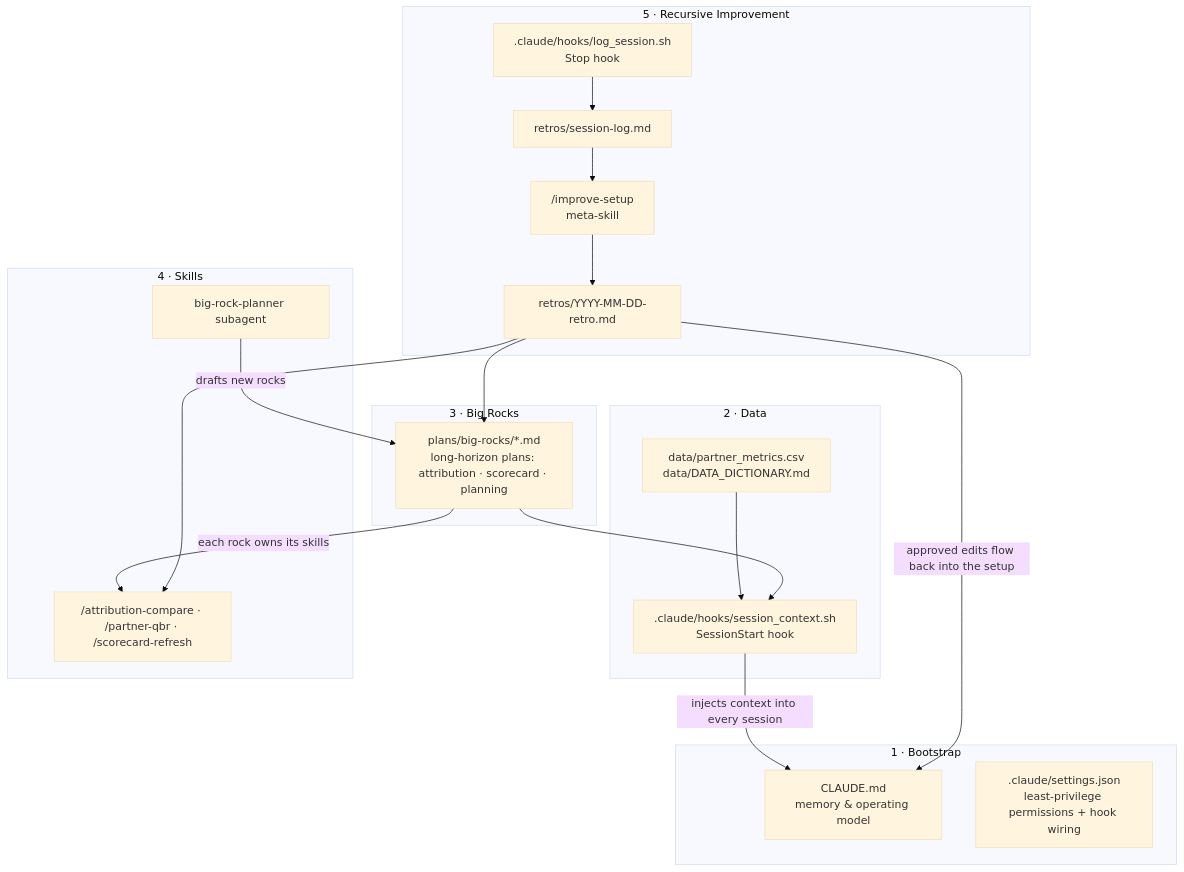
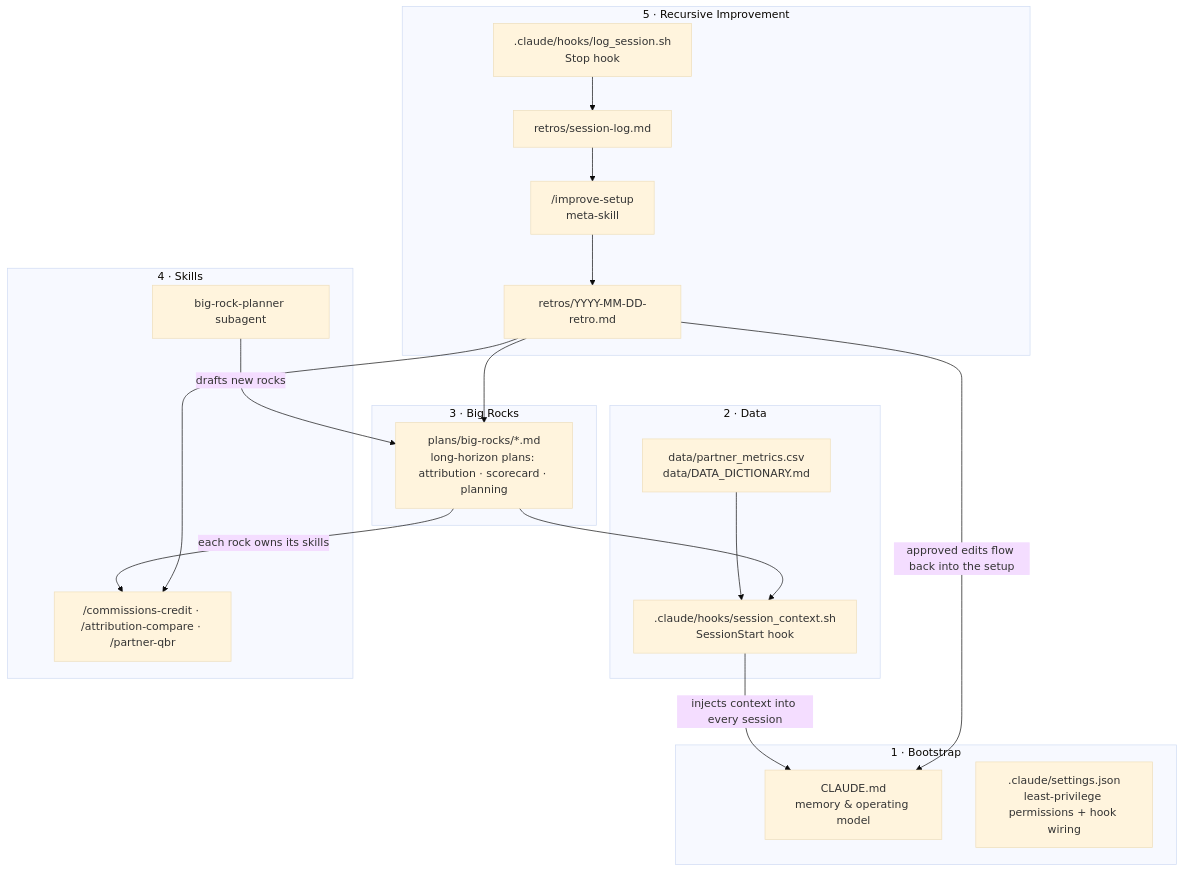
One commit to dylan3796/anthropic-portfolio changed the diagram in docs/claude-code-architecture.md. Above: the diagram before and after it, drawn with Mermaid (base theme). The commit also changed other lines of this file and 19 other files, not shown here.

````diff
--- a/docs/claude-code-architecture.md
+++ b/docs/claude-code-architecture.md
@@ -15,40 +15,40 @@
 ```mermaid
 flowchart TB
     subgraph L1["1 · Bootstrap"]
         CLAUDE["CLAUDE.md<br/>memory & operating model"]
         SETTINGS[".claude/settings.json<br/>least-privilege permissions + hook wiring"]
     end
 
     subgraph L2["2 · Data"]
         HOOK_START[".claude/hooks/session_context.sh<br/>SessionStart hook"]
         DATA["data/partner_metrics.csv<br/>data/DATA_DICTIONARY.md"]
     end
 
     subgraph L3["3 · Big Rocks"]
         PLANS["plans/big-rocks/*.md<br/>long-horizon plans: attribution · scorecard · planning"]
     end
 
     subgraph L4["4 · Skills"]
-        SKILLS["/attribution-compare · /partner-qbr · /scorecard-refresh"]
+        SKILLS["/commissions-credit · /attribution-compare · /partner-qbr"]
         AGENT["big-rock-planner subagent"]
     end
 
     subgraph L5["5 · Recursive Improvement"]
         HOOK_STOP[".claude/hooks/log_session.sh<br/>Stop hook"]
         LOG["retros/session-log.md"]
         IMPROVE["/improve-setup<br/>meta-skill"]
         RETRO["retros/YYYY-MM-DD-retro.md"]
     end
 
     DATA --> HOOK_START
     PLANS --> HOOK_START
     HOOK_START -- "injects context into every session" --> CLAUDE
     PLANS -- "each rock owns its skills" --> SKILLS
     AGENT -- "drafts new rocks" --> PLANS
     HOOK_STOP --> LOG
     LOG --> IMPROVE
     IMPROVE --> RETRO
     RETRO -- "approved edits flow back into the setup" --> CLAUDE
     RETRO --> SKILLS
     RETRO --> PLANS
 ```
````
